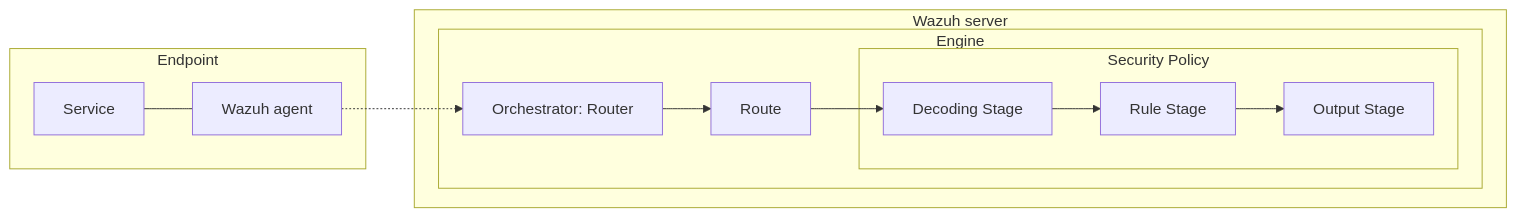
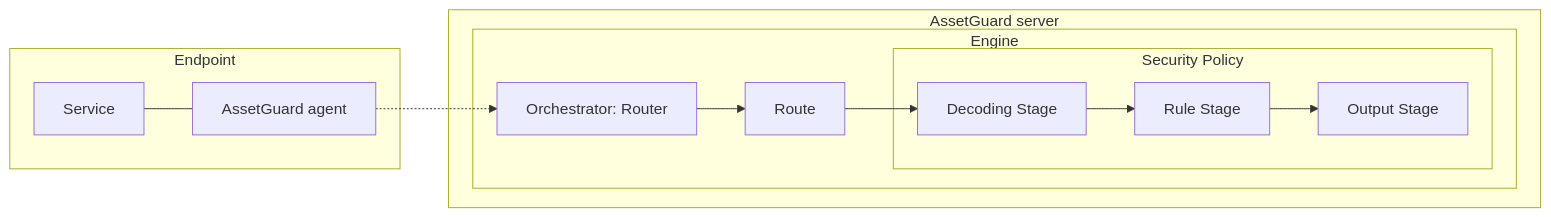
Before and after one commit to Ghostofpotato/AssetGuard: the third of 15 diagrams in docs/ref/modules/engine/README.md, drawn with Mermaid. The commit also changed other lines of this file and 4032 other files, not shown here.

First line of the commit message:
Rebrand: replace all Wazuh references with AssetGuard

````diff
--- a/docs/ref/modules/engine/README.md
+++ b/docs/ref/modules/engine/README.md
@@ -259,22 +259,22 @@
 ```mermaid
 graph LR;
     subgraph Endpoint
         Service["Service"]
-        WazuhAgent["Wazuh agent"]
-        Service --- WazuhAgent
+        AssetGuardAgent["AssetGuard agent"]
+        Service --- AssetGuardAgent
     end
 
-    WazuhAgent -.-> Orchestrator["Orchestrator: Router"]
+    AssetGuardAgent -.-> Orchestrator["Orchestrator: Router"]
 
-    subgraph WazuhServer["Wazuh server"]
+    subgraph AssetGuardServer["AssetGuard server"]
 
         subgraph Engine
             Orchestrator --> Route["Route"]
             Route --> Decoding["Decoding Stage"]
             subgraph SecurityPolicy["Security Policy"]
                 Decoding --> Rule["Rule Stage"]
                 Rule --> OutputStage["Output Stage"]
             end
         end
     end
 ```
````
